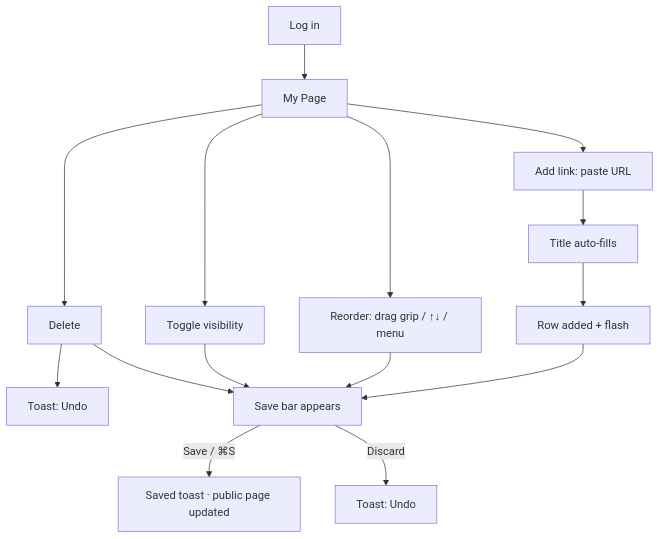
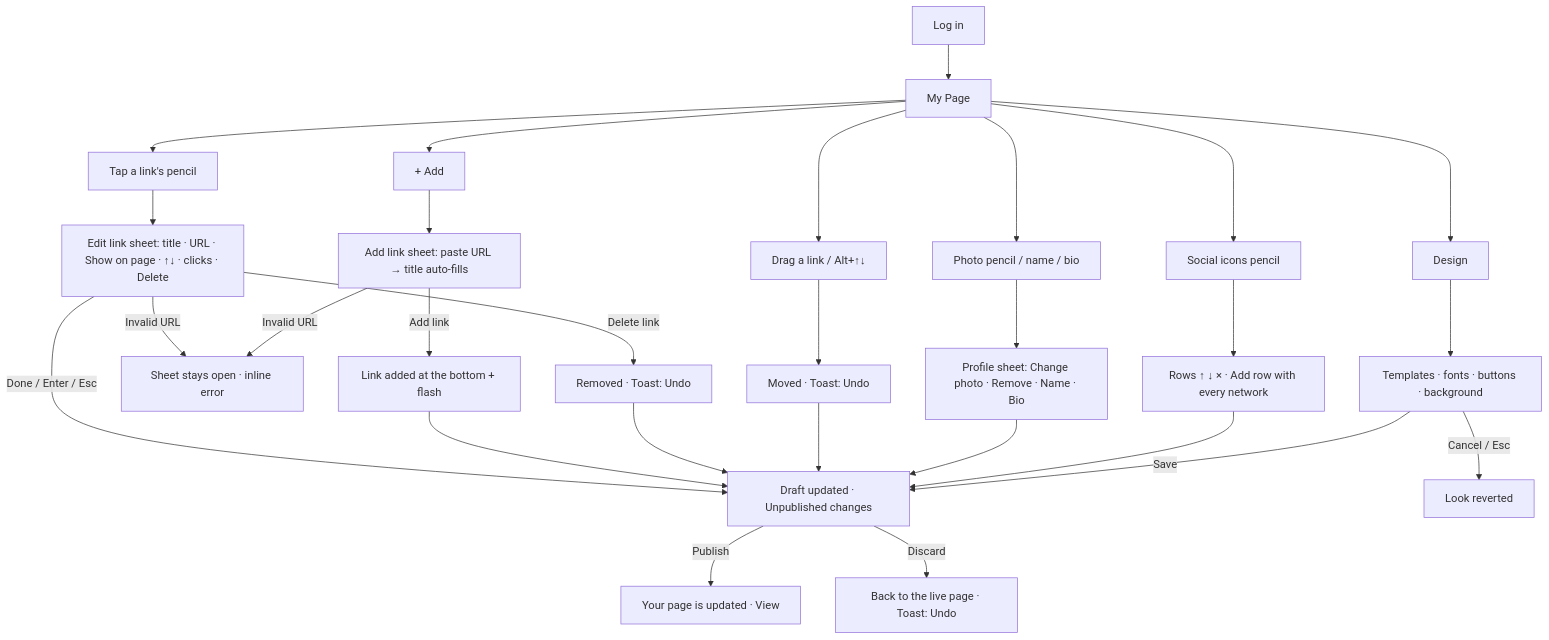
Before and after one commit to NguyenDuy1910/linkee: the third of 11 diagrams in ux_preview/product-flow.md, drawn with Mermaid. The commit also changed other lines of this file and 17 other files, not shown here.

````diff
--- a/ux_preview/product-flow.md
+++ b/ux_preview/product-flow.md
@@ -52,11 +51,17 @@
 ```mermaid
 flowchart TD
   L[Log in] --> P[My Page]
-  P --> A[Add link: paste URL] --> T[Title auto-fills] --> S1[Row added + flash]
-  P --> R[Reorder: drag grip / ↑↓ / menu]
-  P --> V[Toggle visibility]
-  P --> X[Delete] --> U[Toast: Undo]
-  S1 & R & V & X --> D[Save bar appears]
-  D -->|Save / ⌘S| OK[Saved toast · public page updated]
-  D -->|Discard| UN[Toast: Undo]
+  P --> K[Tap a link's pencil] --> SH[Edit link sheet: title · URL · Show on page · ↑↓ · clicks · Delete]
+  P --> A[+ Add] --> AS[Add link sheet: paste URL → title auto-fills]
+  SH -->|Done / Enter / Esc| D[Draft updated · Unpublished changes]
+  AS -->|Add link| D2[Link added at the bottom + flash] --> D
+  SH & AS -->|Invalid URL| ER[Sheet stays open · inline error]
+  SH -->|Delete link| X[Removed · Toast: Undo] --> D
+  P --> R[Drag a link / Alt+↑↓] --> RO[Moved · Toast: Undo] --> D
+  P --> PR[Photo pencil / name / bio] --> PS[Profile sheet: Change photo · Remove · Name · Bio] --> D
+  P --> SO[Social icons pencil] --> SS[Rows ↑ ↓ × · Add row with every network] --> D
+  P --> DE[Design] --> DS[Templates · fonts · buttons · background] -->|Save| D
+  DS -->|Cancel / Esc| RV[Look reverted]
+  D -->|Publish| LIVE[Your page is updated · View]
+  D -->|Discard| DIS[Back to the live page · Toast: Undo]
 ```
````
